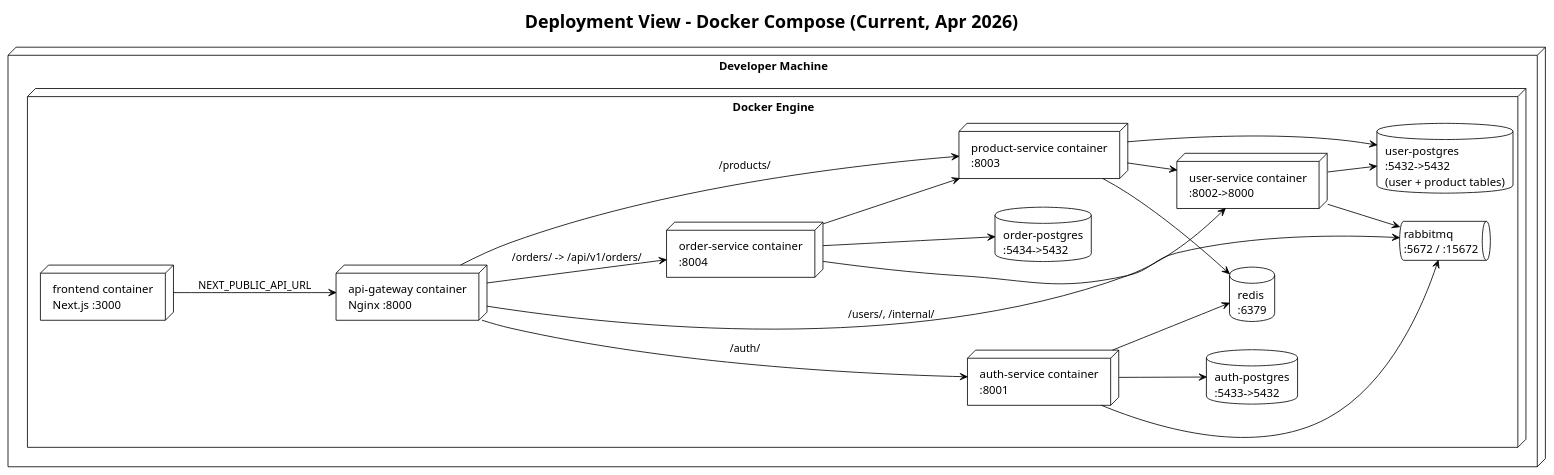
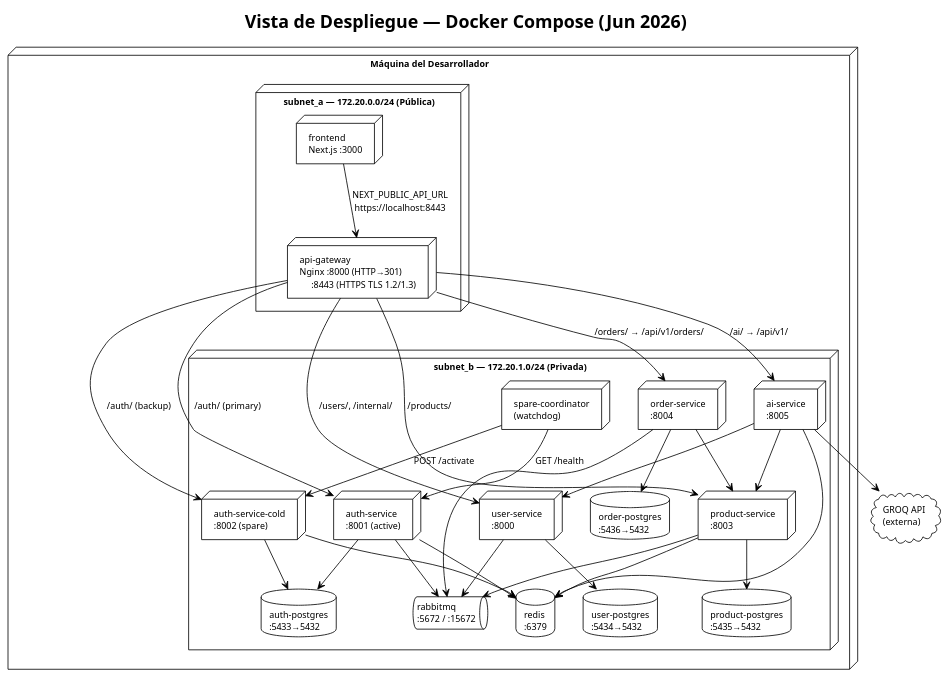
One commit to jpastor1649/ecommerce-project changed the diagram in docs/architecture/Deployment_Current.puml. Above: the diagram before and after it, drawn with PlantUML. The commit also changed 17 other files, not shown here.

```diff
--- a/docs/architecture/Deployment_Current.puml
+++ b/docs/architecture/Deployment_Current.puml
@@ -1,47 +1,77 @@
 @startuml
 !theme plain
 skinparam shadowing false
-left to right direction
+skinparam defaultFontSize 11
+top to bottom direction
 
-title Deployment View - Docker Compose (Current, Apr 2026)
+title Vista de Despliegue — Docker Compose (Jun 2026)
 
-node "Developer Machine" {
-  node "Docker Engine" {
-    node "frontend container\nNext.js :3000" as Frontend
-    node "api-gateway container\nNginx :8000" as Gateway
+node "Máquina del Desarrollador" {
 
-    node "auth-service container\n:8001" as Auth
-    node "user-service container\n:8002->8000" as UserService
-    node "product-service container\n:8003" as Product
-    node "order-service container\n:8004" as Order
+  node "subnet_a — 172.20.0.0/24 (Pública)" {
+    node "frontend\nNext.js :3000" as Frontend
+    node "api-gateway\nNginx :8000 (HTTP→301)\n     :8443 (HTTPS TLS 1.2/1.3)" as Gateway
+  }
 
-    database "auth-postgres\n:5433->5432" as AuthDB
-    database "user-postgres\n:5432->5432\n(user + product tables)" as UserDB
-    database "order-postgres\n:5434->5432" as OrderDB
+  node "subnet_b — 172.20.1.0/24 (Privada)" {
+    node "auth-service\n:8001 (active)" as Auth
+    node "auth-service-cold\n:8002 (spare)" as AuthCold
+    node "spare-coordinator\n(watchdog)" as Coord
+
+    node "user-service\n:8000" as UserSvc
+    node "product-service\n:8003" as ProductSvc
+    node "order-service\n:8004" as OrderSvc
+    node "ai-service\n:8005" as AISvc
+
+    database "auth-postgres\n:5433→5432" as AuthDB
+    database "user-postgres\n:5434→5432" as UserDB
+    database "product-postgres\n:5435→5432" as ProductDB
+    database "order-postgres\n:5436→5432" as OrderDB
+
+    queue "rabbitmq\n:5672 / :15672" as MQ
     database "redis\n:6379" as Redis
-    queue "rabbitmq\n:5672 / :15672" as MQ
   }
 }
 
-Frontend --> Gateway : NEXT_PUBLIC_API_URL
-Gateway --> Auth : /auth/
-Gateway --> UserService : /users/, /internal/
-Gateway --> Product : /products/
-Gateway --> Order : /orders/ -> /api/v1/orders/
+cloud "GROQ API\n(externa)" as Groq
 
+' Red pública
+Frontend --> Gateway : NEXT_PUBLIC_API_URL\nhttps://localhost:8443
+
+' Gateway → servicios (subnet_b)
+Gateway --> Auth       : /auth/ (primary)
+Gateway --> AuthCold   : /auth/ (backup)
+Gateway --> UserSvc    : /users/, /internal/
+Gateway --> ProductSvc : /products/
+Gateway --> OrderSvc   : /orders/ → /api/v1/orders/
+Gateway --> AISvc      : /ai/ → /api/v1/
+
+' Watchdog
+Coord --> Auth     : GET /health
+Coord --> AuthCold : POST /activate
+
+' Dependencias de servicios
 Auth --> AuthDB
 Auth --> Redis
 Auth --> MQ
 
-UserService --> UserDB
-UserService --> MQ
+AuthCold --> AuthDB
+AuthCold --> Redis
 
-Product --> UserDB
-Product --> Redis
-Product --> UserService
+UserSvc --> UserDB
+UserSvc --> MQ
 
-Order --> OrderDB
-Order --> Product
-Order --> MQ
+ProductSvc --> ProductDB
+ProductSvc --> Redis
+ProductSvc --> MQ
+
+OrderSvc --> OrderDB
+OrderSvc --> MQ
+OrderSvc --> ProductSvc
+
+AISvc --> Redis
+AISvc --> UserSvc
+AISvc --> ProductSvc
+AISvc --> Groq
 
 @enduml
```
